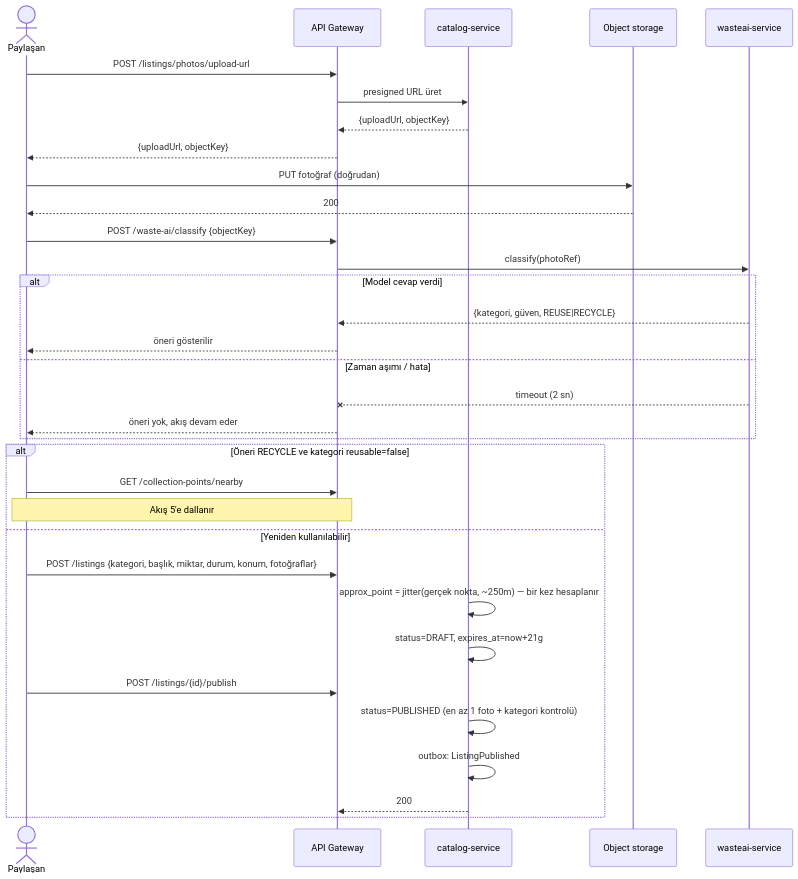
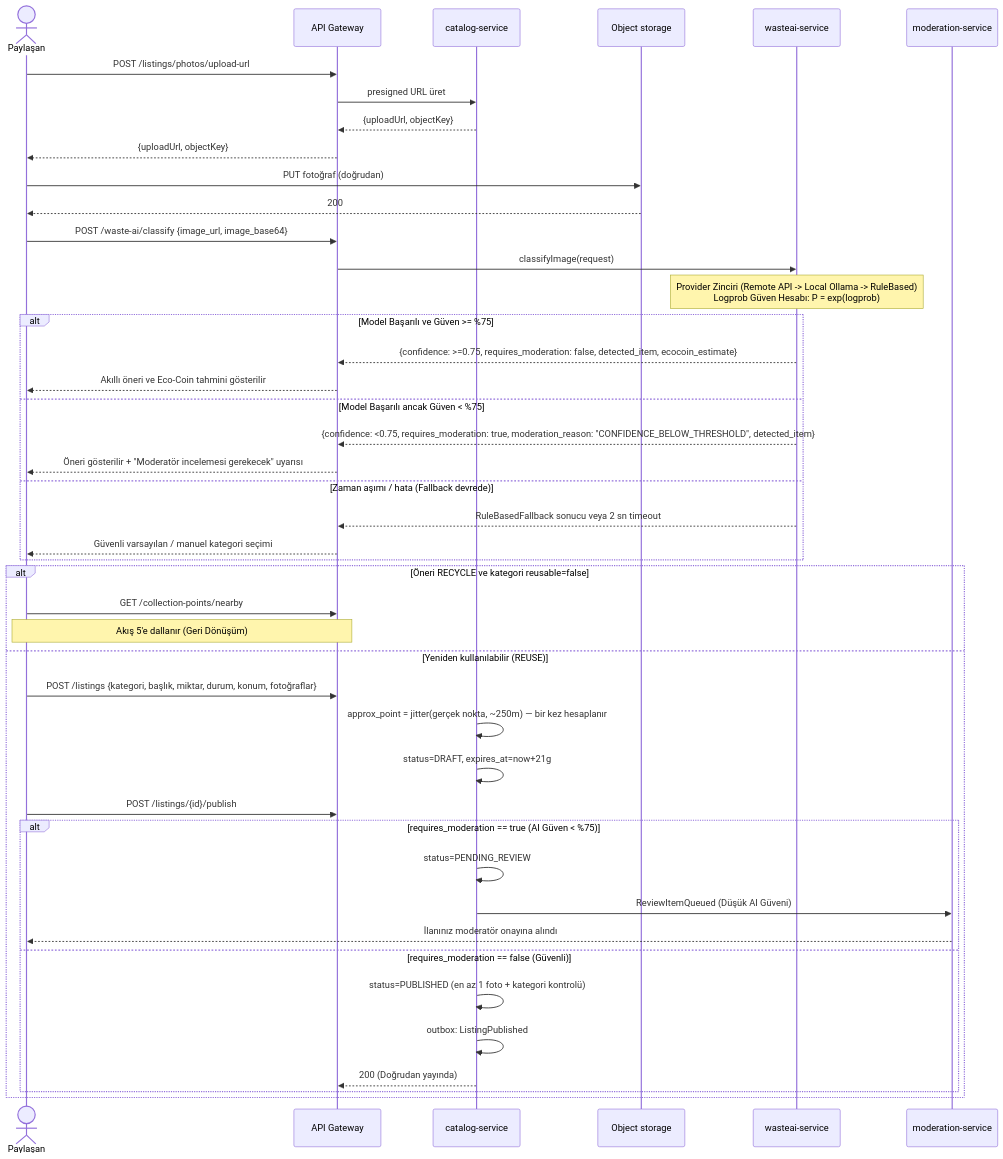
One commit to eemreozen/Yeniden changed the first of 6 diagrams in docs/03-flows.md. Above: the diagram before and after it, drawn with Mermaid. The commit also changed other lines of this file and 27 other files, not shown here.

First line of the commit message:
feat(wasteai): implement SOLID multi-provider classification with logprob confidence and moderation routing

````diff
--- a/docs/03-flows.md
+++ b/docs/03-flows.md
@@ -9,38 +9,49 @@
 ```mermaid
 sequenceDiagram
     actor G as Paylaşan
     participant API as API Gateway
     participant C as catalog-service
     participant S3 as Object storage
     participant AI as wasteai-service
+    participant M as moderation-service
 
     G->>API: POST /listings/photos/upload-url
     API->>C: presigned URL üret
     C-->>API: {uploadUrl, objectKey}
     API-->>G: {uploadUrl, objectKey}
     G->>S3: PUT fotoğraf (doğrudan)
     S3-->>G: 200
 
-    G->>API: POST /waste-ai/classify {objectKey}
-    API->>AI: classify(photoRef)
-    alt Model cevap verdi
-        AI-->>API: {kategori, güven, REUSE|RECYCLE}
-        API-->>G: öneri gösterilir
-    else Zaman aşımı / hata
-        AI--xAPI: timeout (2 sn)
-        API-->>G: öneri yok, akış devam eder
+    G->>API: POST /waste-ai/classify {image_url, image_base64}
+    API->>AI: classifyImage(request)
+    Note over AI: Provider Zinciri (Remote API -> Local Ollama -> RuleBased)<br/>Logprob Güven Hesabı: P = exp(logprob)
+    alt Model Başarılı ve Güven >= %75
+        AI-->>API: {confidence: >=0.75, requires_moderation: false, detected_item, ecocoin_estimate}
+        API-->>G: Akıllı öneri ve Eco-Coin tahmini gösterilir
+    else Model Başarılı ancak Güven < %75
+        AI-->>API: {confidence: <0.75, requires_moderation: true, moderation_reason: "CONFIDENCE_BELOW_THRESHOLD", detected_item}
+        API-->>G: Öneri gösterilir + "Moderatör incelemesi gerekecek" uyarısı
+    else Zaman aşımı / hata (Fallback devrede)
+        AI-->>API: RuleBasedFallback sonucu veya 2 sn timeout
+        API-->>G: Güvenli varsayılan / manuel kategori seçimi
     end
 
     alt Öneri RECYCLE ve kategori reusable=false
         G->>API: GET /collection-points/nearby
-        Note over G,API: Akış 5'e dallanır
-    else Yeniden kullanılabilir
+        Note over G,API: Akış 5'e dallanır (Geri Dönüşüm)
+    else Yeniden kullanılabilir (REUSE)
         G->>API: POST /listings {kategori, başlık, miktar, durum, konum, fotoğraflar}
         C->>C: approx_point = jitter(gerçek nokta, ~250m) — bir kez hesaplanır
         C->>C: status=DRAFT, expires_at=now+21g
         G->>API: POST /listings/{id}/publish
-        C->>C: status=PUBLISHED (en az 1 foto + kategori kontrolü)
-        C->>C: outbox: ListingPublished
-        C-->>API: 200
+        alt requires_moderation == true (AI Güven < %75)
+            C->>C: status=PENDING_REVIEW
+            C->>M: ReviewItemQueued (Düşük AI Güveni)
+            M-->>G: İlanınız moderatör onayına alındı
+        else requires_moderation == false (Güvenli)
+            C->>C: status=PUBLISHED (en az 1 foto + kategori kontrolü)
+            C->>C: outbox: ListingPublished
+            C-->>API: 200 (Doğrudan yayında)
+        end
     end
 ```
````
